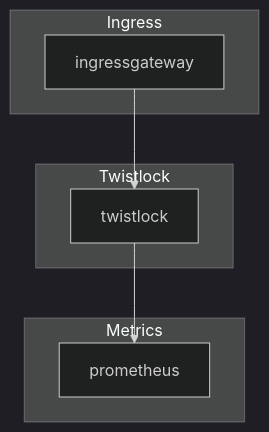
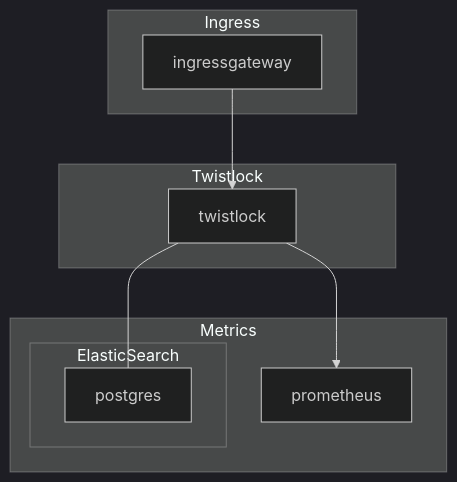
Before and after one commit to rjferguson21/big-bang: the diagram in charter/packages/twistlock/Architecture.md, drawn with Mermaid (dark theme).

Commit message:
document eck architecture

````diff
--- a/charter/packages/twistlock/Architecture.md
+++ b/charter/packages/twistlock/Architecture.md
@@ -13,12 +13,15 @@
 ```mermaid
 graph TB
   subgraph "Ingress"
     ingressgateway
   end
 subgraph "Twistlock"
     ingressgateway --> twistlock
   end     
 subgraph "Metrics"
     twistlock --> prometheus
+subgraph "ElasticSearch"
+    twistlock --- postgres
+  end
   end 
 ```
````
